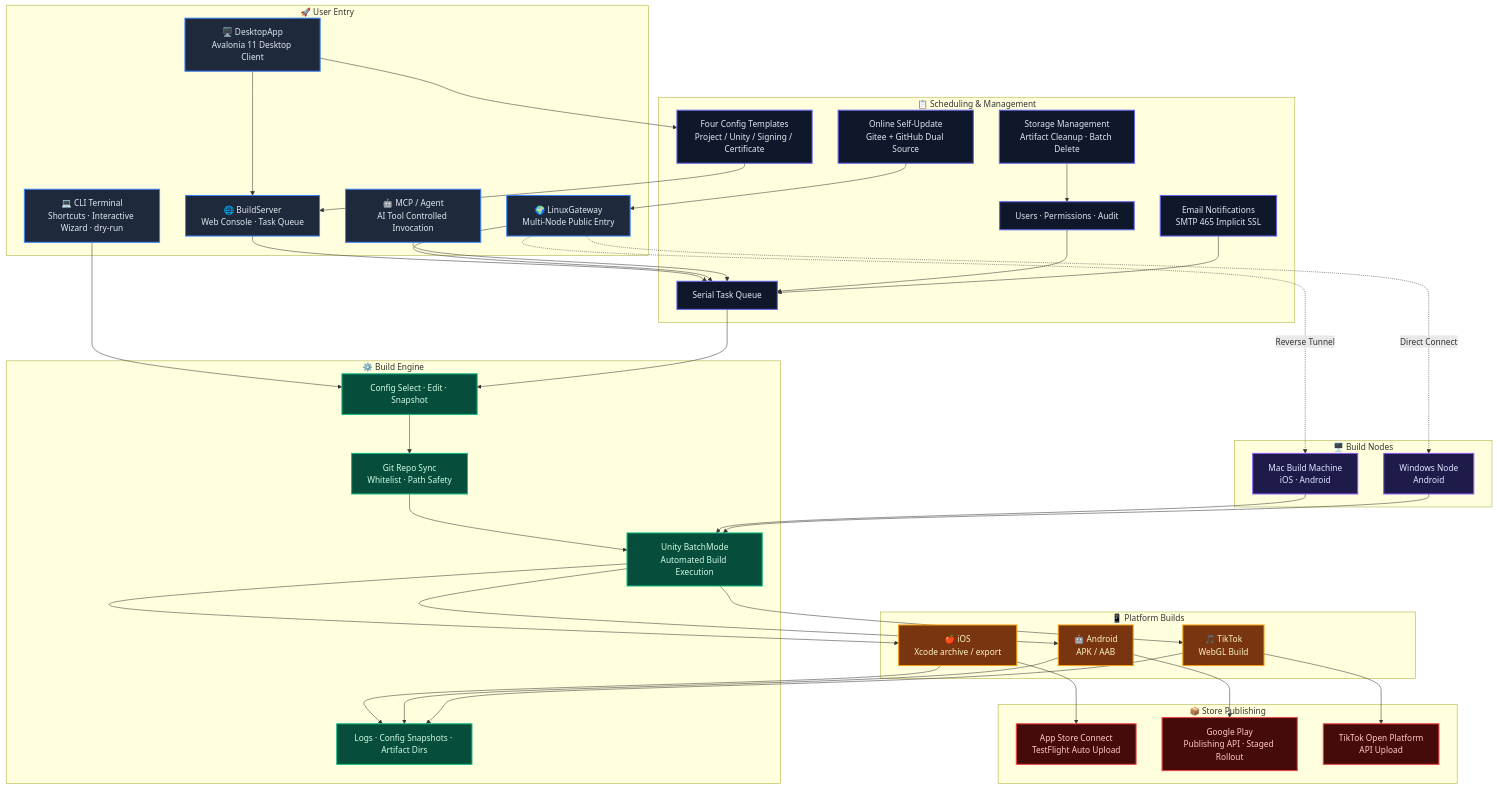
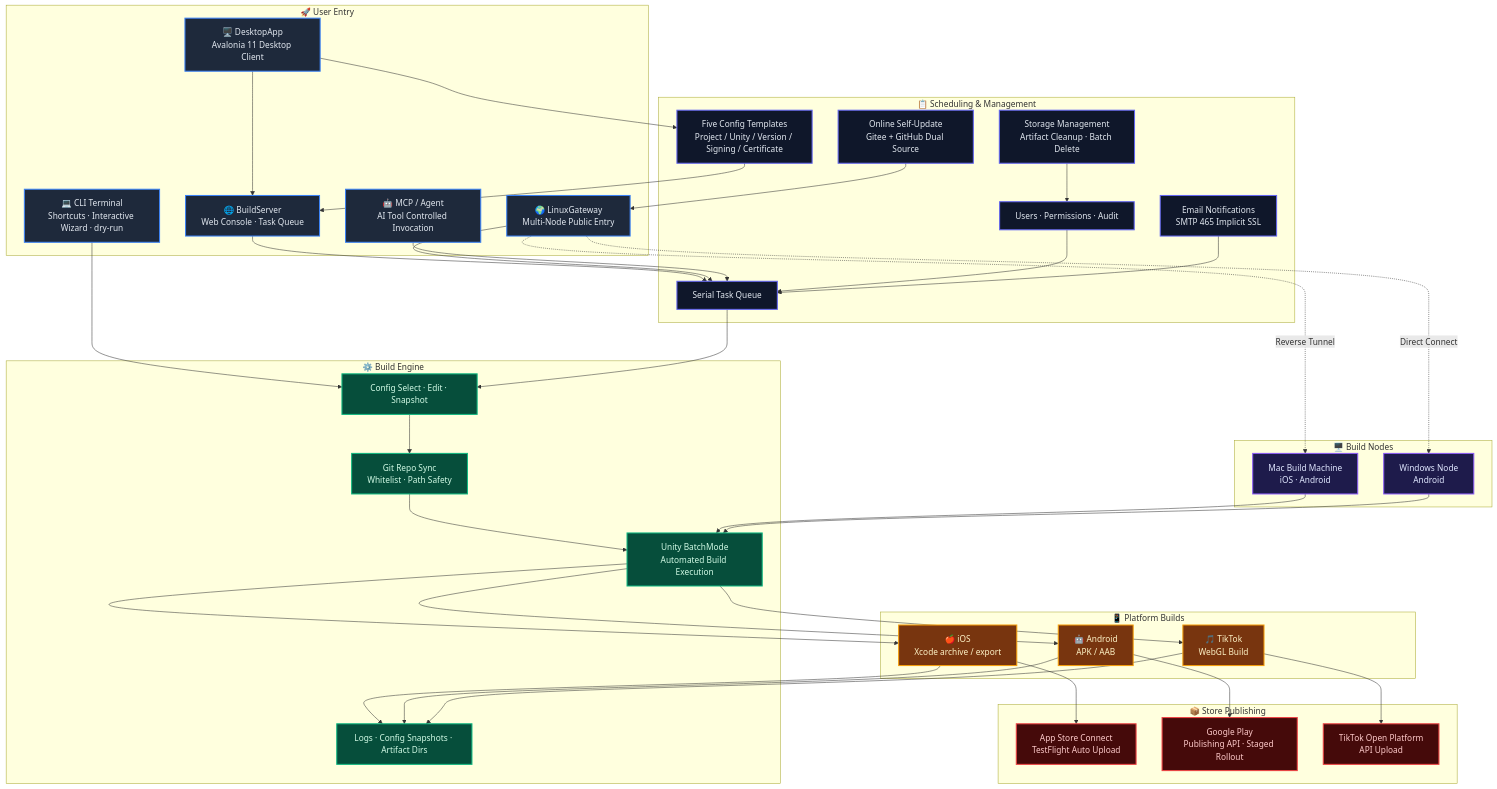
One commit to chenfengyimei/AutomationUnityBuild changed the diagram in README.en.md. Above: the diagram before and after it, drawn with Mermaid. The commit also changed other lines of this file and 6 other files, not shown here.

```diff
--- a/README.en.md
+++ b/README.en.md
@@ -128,7 +160,7 @@
         Auth["Users · Permissions · Audit"]
         Email["Email Notifications<br/>SMTP 465 Implicit SSL"]
         Storage["Storage Management<br/>Artifact Cleanup · Batch Delete"]
-        Templates["Four Config Templates<br/>Project / Unity / Signing / Certificate"]
+        Templates["Five Config Templates<br/>Project / Unity / Version / Signing / Certificate"]
         AutoUpdate["Online Self-Update<br/>Gitee + GitHub Dual Source"]
     end
 
```
